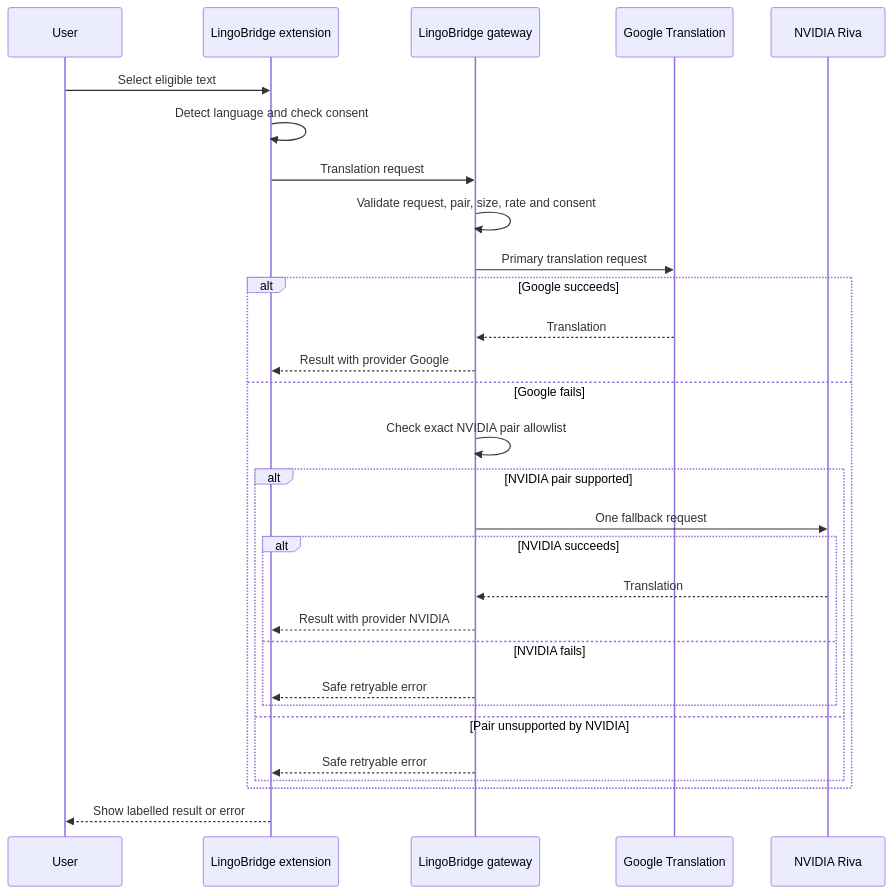
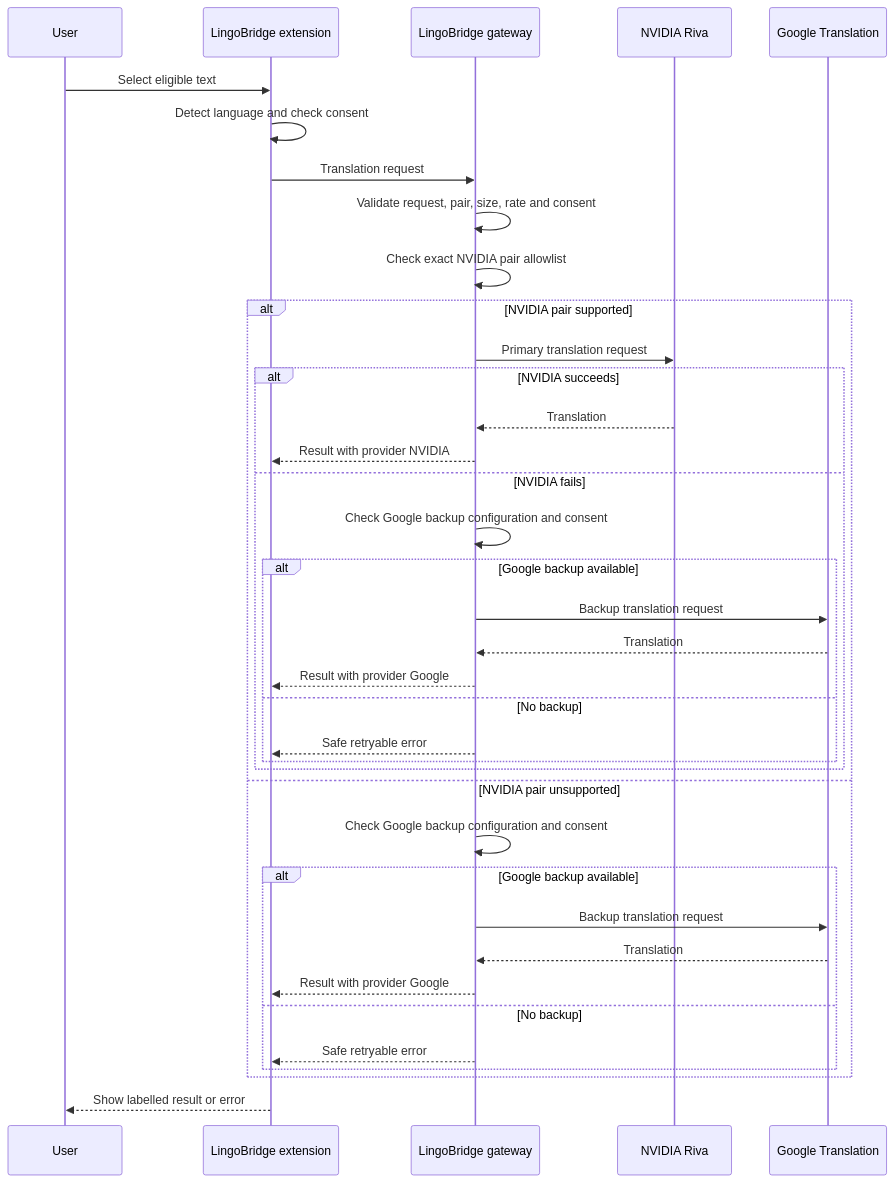
Before and after one commit to budhathoki10/LingoBridge: the fifth of 10 diagrams in docs/12-user-and-system-flows.md, drawn with Mermaid. The commit also changed other lines of this file and 61 other files, not shown here.

````diff
--- a/docs/12-user-and-system-flows.md
+++ b/docs/12-user-and-system-flows.md
@@ -119,32 +121,40 @@
 ```mermaid
 sequenceDiagram
     participant U as User
     participant E as LingoBridge extension
     participant G as LingoBridge gateway
+    participant N as NVIDIA Riva
     participant T as Google Translation
-    participant N as NVIDIA Riva
 
     U->>E: Select eligible text
     E->>E: Detect language and check consent
     E->>G: Translation request
     G->>G: Validate request, pair, size, rate and consent
-    G->>T: Primary translation request
-    alt Google succeeds
-        T-->>G: Translation
-        G-->>E: Result with provider Google
-    else Google fails
-        G->>G: Check exact NVIDIA pair allowlist
-        alt NVIDIA pair supported
-            G->>N: One fallback request
-            alt NVIDIA succeeds
-                N-->>G: Translation
-                G-->>E: Result with provider NVIDIA
-            else NVIDIA fails
+    G->>G: Check exact NVIDIA pair allowlist
+    alt NVIDIA pair supported
+        G->>N: Primary translation request
+        alt NVIDIA succeeds
+            N-->>G: Translation
+            G-->>E: Result with provider NVIDIA
+        else NVIDIA fails
+            G->>G: Check Google backup configuration and consent
+            alt Google backup available
+                G->>T: Backup translation request
+                T-->>G: Translation
+                G-->>E: Result with provider Google
+            else No backup
                 G-->>E: Safe retryable error
             end
-        else Pair unsupported by NVIDIA
+        end
+    else NVIDIA pair unsupported
+        G->>G: Check Google backup configuration and consent
+        alt Google backup available
+            G->>T: Backup translation request
+            T-->>G: Translation
+            G-->>E: Result with provider Google
+        else No backup
             G-->>E: Safe retryable error
         end
     end
     E-->>U: Show labelled result or error
 ```
````
